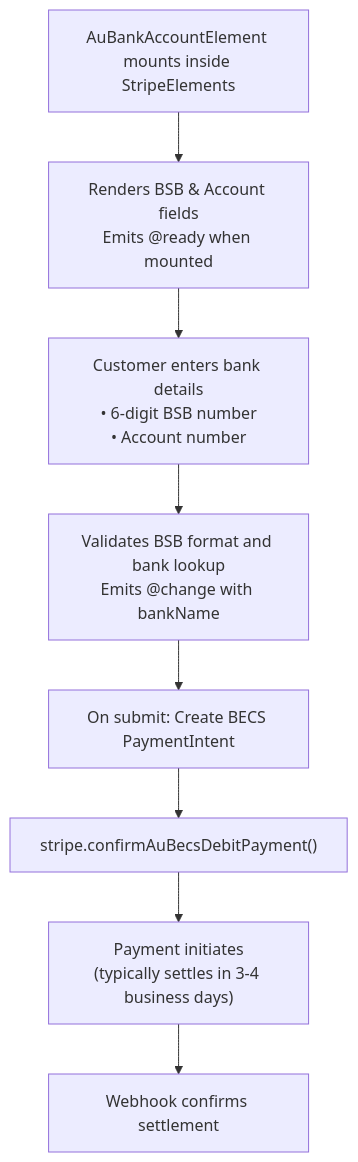
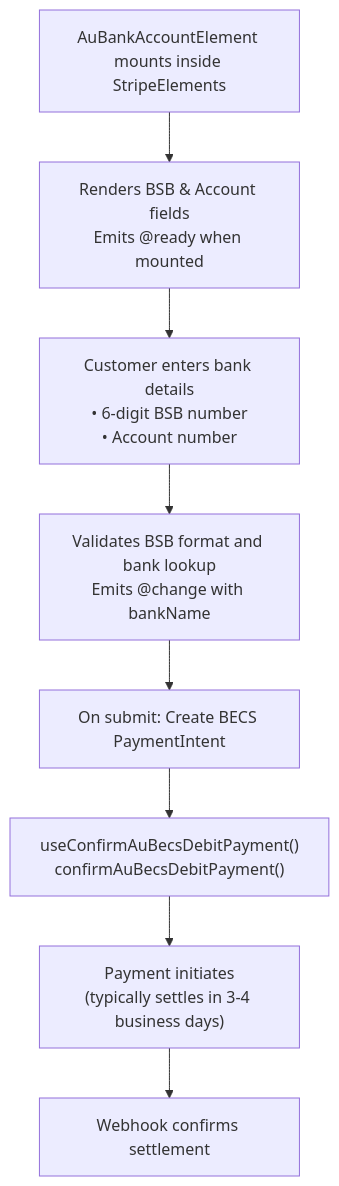
One commit to vue-stripe/vue-stripe changed the diagram in apps/docs/guide/au-bank-account-element.md. Above: the diagram before and after it, drawn with Mermaid. The commit also changed other lines of this file and 24 other files, not shown here.

````diff
--- a/apps/docs/guide/au-bank-account-element.md
+++ b/apps/docs/guide/au-bank-account-element.md
@@ -30,10 +30,10 @@
 ```mermaid
 flowchart TD
     A["AuBankAccountElement mounts inside StripeElements"] --> B["Renders BSB & Account fields<br/>Emits @ready when mounted"]
     B --> C["Customer enters bank details<br/>• 6-digit BSB number<br/>• Account number"]
     C --> D["Validates BSB format and bank lookup<br/>Emits @change with bankName"]
     D --> E["On submit: Create BECS PaymentIntent"]
-    E --> F["stripe.confirmAuBecsDebitPayment()"]
+    E --> F["useConfirmAuBecsDebitPayment()<br/>confirmAuBecsDebitPayment()"]
     F --> G["Payment initiates<br/>(typically settles in 3-4 business days)"]
     G --> H["Webhook confirms settlement"]
 ```
````
